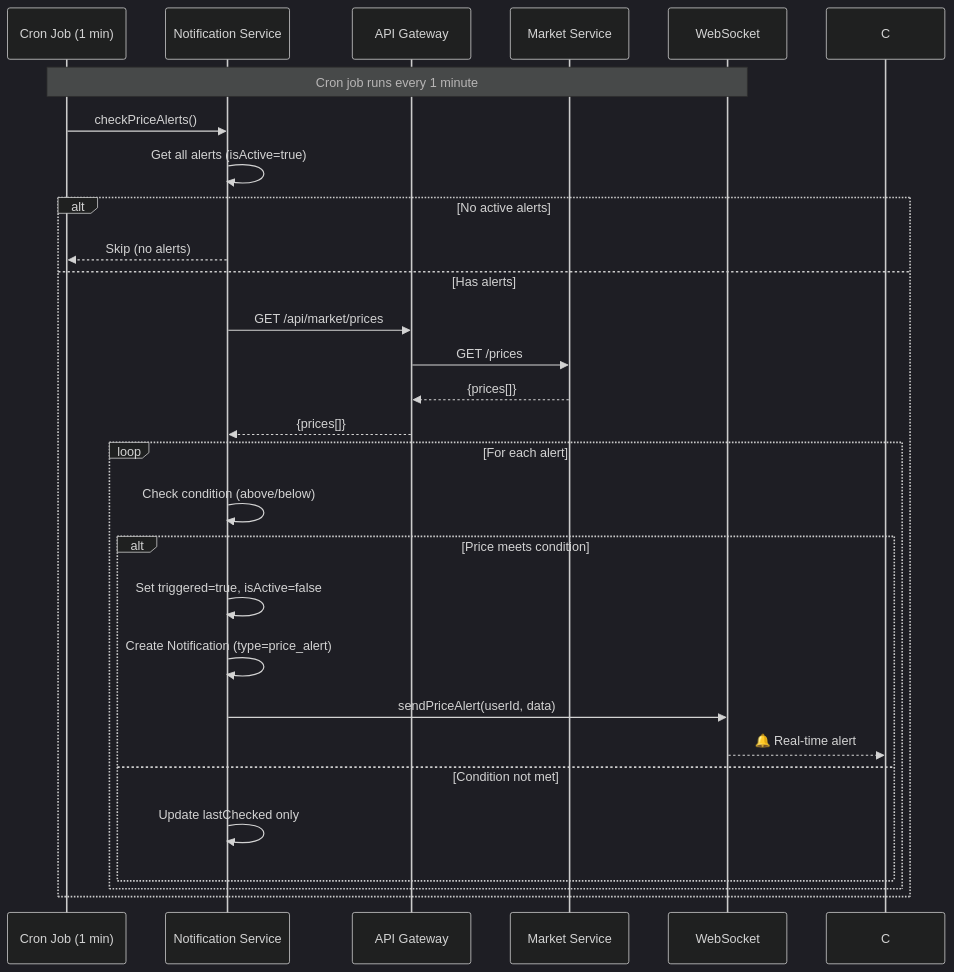
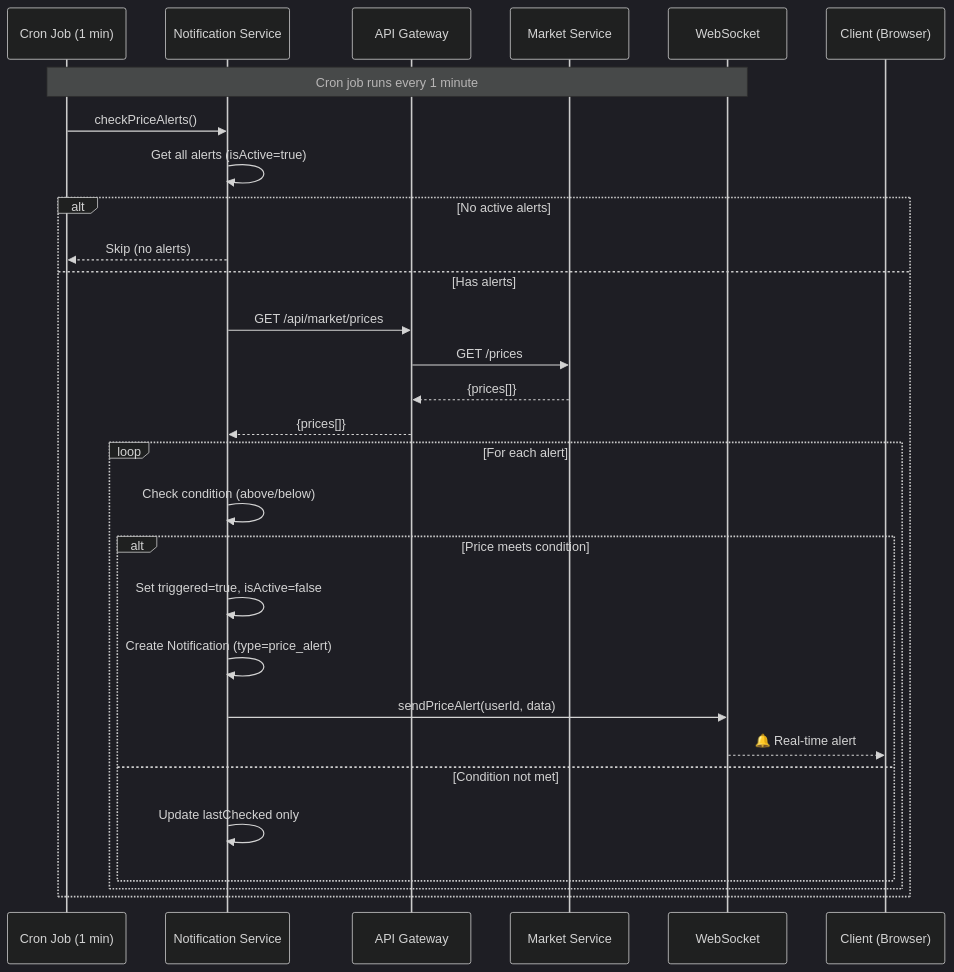
Diagram 20 of 22 in docs/CHUONG_3_DA_SUA.md (doanthetin193/CryptoTradingSOA), drawn with Mermaid (dark theme) before and after one commit. The commit also changed 2 other files, not shown here.

Commit message:
fix nhẹ

````diff
--- a/docs/CHUONG_3_DA_SUA.md
+++ b/docs/CHUONG_3_DA_SUA.md
@@ -1049,35 +1049,36 @@
 ```mermaid
 sequenceDiagram
     participant CRON as Cron Job (1 min)
     participant NS as Notification Service
     participant GW as API Gateway
     participant MS as Market Service
     participant WS as WebSocket
+    participant Client as Client (Browser)
 
     Note over CRON,WS: Cron job runs every 1 minute
     
     CRON->>NS: checkPriceAlerts()
     NS->>NS: Get all alerts (isActive=true)
     
     alt No active alerts
         NS-->>CRON: Skip (no alerts)
     else Has alerts
         NS->>GW: GET /api/market/prices
         GW->>MS: GET /prices
         MS-->>GW: {prices[]}
         GW-->>NS: {prices[]}
         
         loop For each alert
             NS->>NS: Check condition (above/below)
             
             alt Price meets condition
                 NS->>NS: Set triggered=true, isActive=false
                 NS->>NS: Create Notification (type=price_alert)
                 NS->>WS: sendPriceAlert(userId, data)
-                WS-->>C: 🔔 Real-time alert
+                WS-->>Client: 🔔 Real-time alert
             else Condition not met
                 NS->>NS: Update lastChecked only
             end
         end
     end
 ```
````
